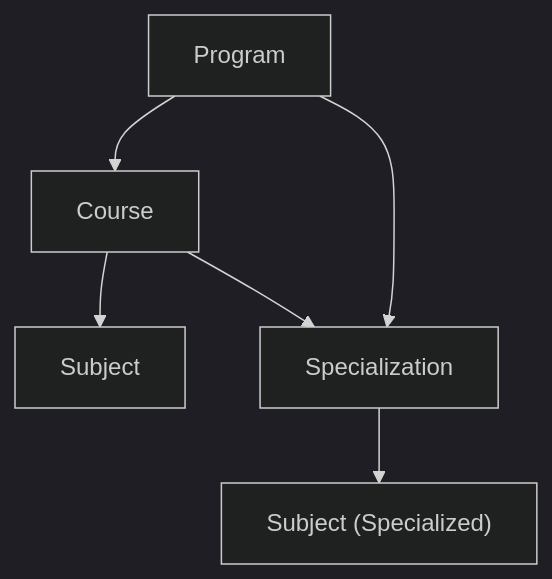
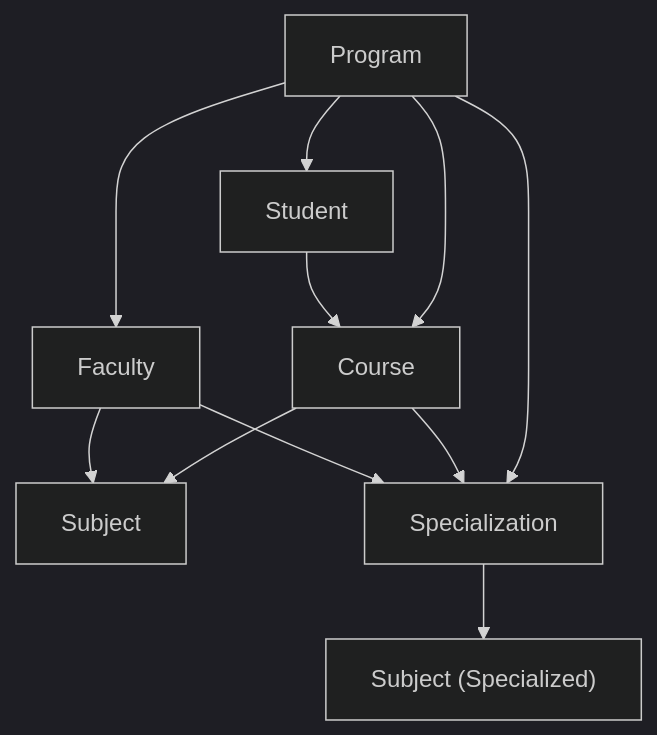
Before and after one commit to Aryan9060/Timetable-Project: the ninth of 10 diagrams in .qoder/repowiki/en/content/Data Models & Database Schema/Academic Entity Models.md, drawn with Mermaid (dark theme). The commit also changed other lines of this file and 21 other files, not shown here.

````diff
--- a/.qoder/repowiki/en/content/Data Models & Database Schema/Academic Entity Models.md
+++ b/.qoder/repowiki/en/content/Data Models & Database Schema/Academic Entity Models.md
@@ -359,8 +548,13 @@
 ```mermaid
 flowchart TD
 P["Program"] --> C["Course"]
 C --> S["Subject"]
 P --> Sp["Specialization"]
 C --> Sp
 Sp --> S2["Subject (Specialized)"]
+P --> St["Student"]
+P --> F["Faculty"]
+St --> C
+F --> S
+F --> Sp
 ```
````
